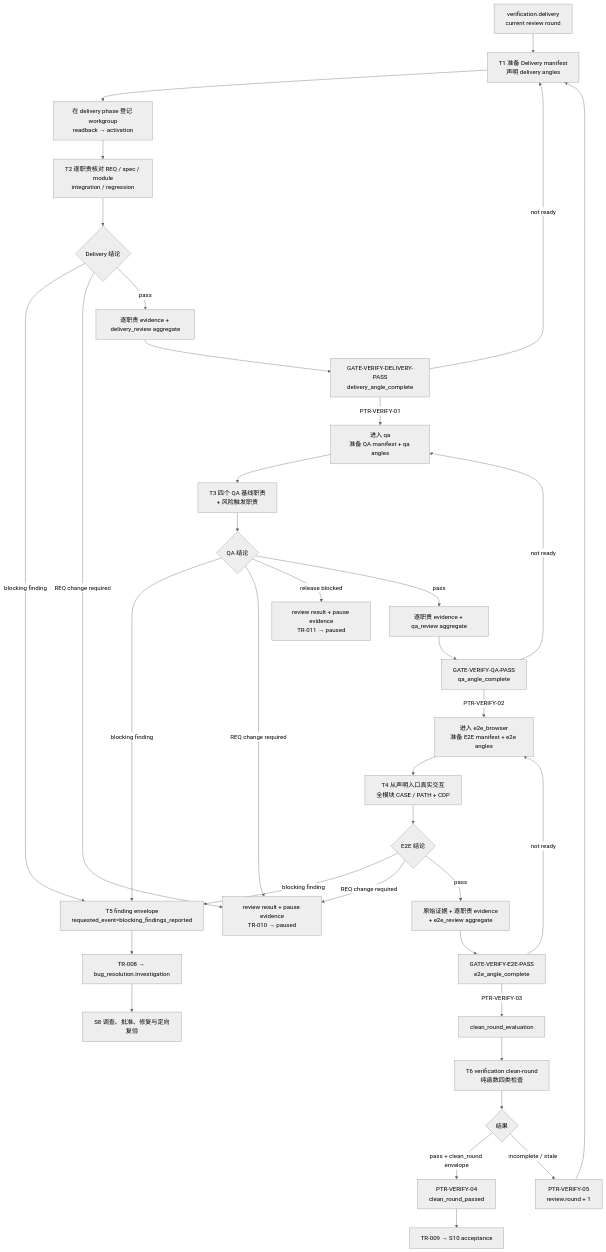
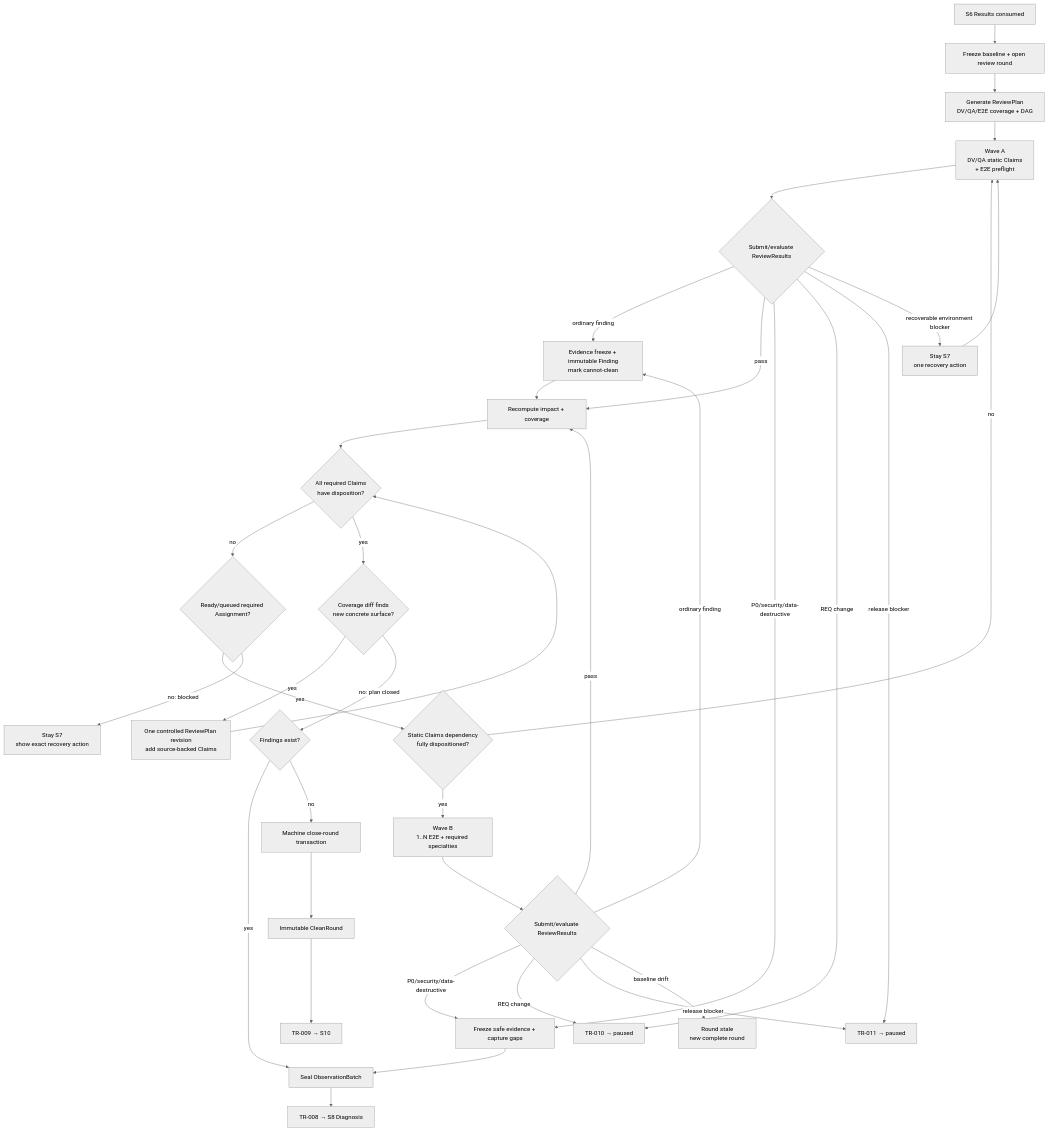
The second of 2 diagrams in blueprint/L3-S7-verification-round.md (Sebs-Lee/go-system-builder), drawn with Mermaid (neutral theme) before and after one commit. The commit also changed other lines of this file and 10 other files, not shown here.

````diff
--- a/blueprint/L3-S7-verification-round.md
+++ b/blueprint/L3-S7-verification-round.md
@@ -104,43 +528,38 @@
 ```mermaid
 flowchart TD
-    IN["verification.delivery<br/>current review round"] --> DPREP["T1 准备 Delivery manifest<br/>声明 delivery angles"]
-    DPREP --> DREG["在 delivery phase 登记 workgroup<br/>readback → activation"]
-    DREG --> DWORK["T2 逐职责核对 REQ / spec / module<br/>integration / regression"]
-    DWORK --> DRESULT{"Delivery 结论"}
-
-    DRESULT -->|"blocking finding"| FIND["T5 finding envelope<br/>requested_event=blocking_findings_reported"]
-    DRESULT -->|"REQ change required"| REQPAUSE["review result + pause evidence<br/>TR-010 → paused"]
-    DRESULT -->|"pass"| DENV["逐职责 evidence + delivery_review aggregate"]
-    DENV --> DGATE["GATE-VERIFY-DELIVERY-PASS<br/>delivery_angle_complete"]
-    DGATE -->|"not ready"| DPREP
-    DGATE -->|"PTR-VERIFY-01"| QPREP["进入 qa<br/>准备 QA manifest + qa angles"]
-
-    QPREP --> QWORK["T3 四个 QA 基线职责<br/>+ 风险触发职责"]
-    QWORK --> QRESULT{"QA 结论"}
-    QRESULT -->|"blocking finding"| FIND
-    QRESULT -->|"REQ change required"| REQPAUSE
-    QRESULT -->|"release blocked"| RELPAUSE["review result + pause evidence<br/>TR-011 → paused"]
-    QRESULT -->|"pass"| QENV["逐职责 evidence + qa_review aggregate"]
-    QENV --> QGATE["GATE-VERIFY-QA-PASS<br/>qa_angle_complete"]
-    QGATE -->|"not ready"| QPREP
-    QGATE -->|"PTR-VERIFY-02"| EPREP["进入 e2e_browser<br/>准备 E2E manifest + e2e angles"]
-
-    EPREP --> EWORK["T4 从声明入口真实交互<br/>全模块 CASE / PATH + CDP"]
-    EWORK --> ERESULT{"E2E 结论"}
-    ERESULT -->|"blocking finding"| FIND
-    ERESULT -->|"REQ change required"| REQPAUSE
-    ERESULT -->|"pass"| EENV["原始证据 + 逐职责 evidence<br/>+ e2e_review aggregate"]
-    EENV --> EGATE["GATE-VERIFY-E2E-PASS<br/>e2e_angle_complete"]
-    EGATE -->|"not ready"| EPREP
-    EGATE -->|"PTR-VERIFY-03"| CLEAN["clean_round_evaluation"]
-
-    FIND --> TR8["TR-008 → bug_resolution.investigation"]
-    TR8 --> S8["S8 调查、批准、修复与定向复验"]
-
-    CLEAN --> EVAL["T6 verification clean-round<br/>纯函数四类检查"]
-    EVAL --> CRESULT{"结果"}
-    CRESULT -->|"pass + clean_round envelope"| PTR4["PTR-VERIFY-04<br/>clean_round_passed"]
-    PTR4 --> TR9["TR-009 → S10 acceptance"]
-    CRESULT -->|"incomplete / stale"| PTR5["PTR-VERIFY-05<br/>review.round + 1"]
-    PTR5 --> DPREP
+    IN["S6 Results consumed"] --> FREEZE["Freeze baseline + open review round"]
+    FREEZE --> PLAN["Generate ReviewPlan<br/>DV/QA/E2E coverage + DAG"]
+    PLAN --> WA["Wave A<br/>DV/QA static Claims<br/>+ E2E preflight"]
+    WA --> RA{"Submit/evaluate ReviewResults"}
+    RA -->|"ordinary finding"| EF["Evidence freeze + immutable Finding<br/>mark cannot-clean"]
+    RA -->|"pass"| RECOMP["Recompute impact + coverage"]
+    EF --> RECOMP
+    RA -->|"P0/security/data-destructive"| STOP["Freeze safe evidence + capture gaps"]
+    STOP --> SEAL["Seal ObservationBatch"]
+    RA -->|"REQ change"| PR["TR-010 → paused"]
+    RA -->|"release blocker"| PB["TR-011 → paused"]
+    RA -->|"recoverable environment blocker"| REC["Stay S7<br/>one recovery action"]
+    REC --> WA
+    RECOMP --> DONE{"All required Claims<br/>have disposition?"}
+    DONE -->|"no"| READY{"Ready/queued required Assignment?"}
+    READY -->|"yes"| STATIC{"Static Claims dependency<br/>fully dispositioned?"}
+    READY -->|"no: blocked"| BLOCK["Stay S7<br/>show exact recovery action"]
+    STATIC -->|"no"| WA
+    STATIC -->|"yes"| WB["Wave B<br/>1..N E2E + required specialties"]
+    WB --> RB{"Submit/evaluate ReviewResults"}
+    RB -->|"ordinary finding"| EF
+    RB -->|"pass"| RECOMP
+    RB -->|"P0/security/data-destructive"| STOP
+    RB -->|"REQ change"| PR
+    RB -->|"release blocker"| PB
+    RB -->|"baseline drift"| STALE["Round stale<br/>new complete round"]
+    DONE -->|"yes"| GAP{"Coverage diff finds<br/>new concrete surface?"}
+    GAP -->|"yes"| REVISE["One controlled ReviewPlan revision<br/>add source-backed Claims"]
+    REVISE --> DONE
+    GAP -->|"no: plan closed"| OUT{"Findings exist?"}
+    OUT -->|"yes"| SEAL
+    OUT -->|"no"| CLOSE["Machine close-round transaction"]
+    SEAL --> S8["TR-008 → S8 Diagnosis"]
+    CLOSE --> CR["Immutable CleanRound"]
+    CR --> S10["TR-009 → S10"]
 ```
````
